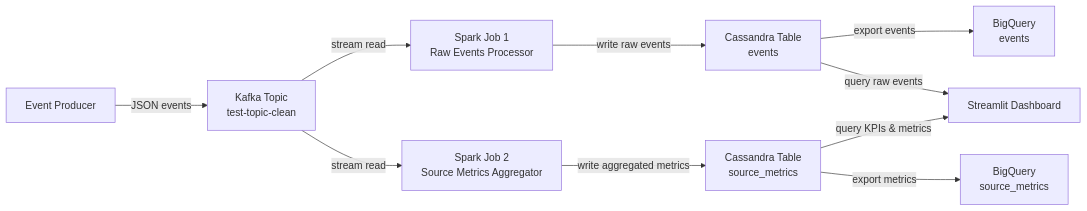
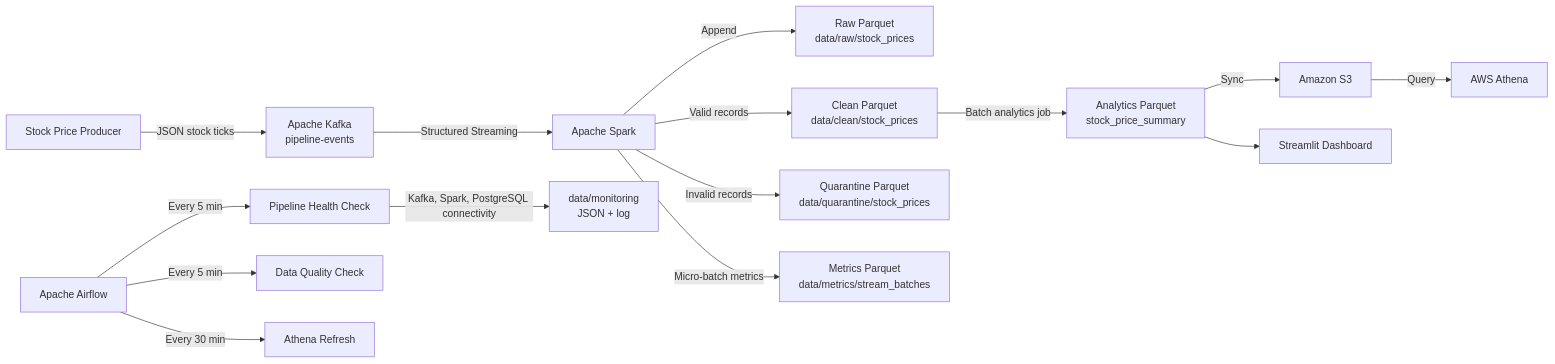
Before and after one commit to hn0629/real-time-data-engineering-pipeline: the diagram in README.md, drawn with Mermaid. The commit also changed other lines of this file and 18 other files, not shown here.

Commit message:
Document stock price streaming pipeline

````diff
--- a/README.md
+++ b/README.md
@@ -27,12 +13,23 @@
 ```mermaid
 flowchart LR
-    A[Event Producer] -->|JSON events| B[Kafka Topic<br/>test-topic-clean]
-    B -->|stream read| C[Spark Job 1<br/>Raw Events Processor]
-    B -->|stream read| D[Spark Job 2<br/>Source Metrics Aggregator]
-    C -->|write raw events| E[Cassandra Table<br/>events]
-    D -->|write aggregated metrics| F[Cassandra Table<br/>source_metrics]
-    E -->|export events| H[BigQuery<br/>events]
-    F -->|export metrics| I[BigQuery<br/>source_metrics]
-    E -->|query raw events| G[Streamlit Dashboard]
-    F -->|query KPIs & metrics| G
+    P[Stock Price Producer] -->|JSON stock ticks| K[Apache Kafka<br/>pipeline-events]
+
+    K -->|Structured Streaming| S[Apache Spark]
+
+    S -->|Append| R[Raw Parquet<br/>data/raw/stock_prices]
+    S -->|Valid records| C[Clean Parquet<br/>data/clean/stock_prices]
+    S -->|Invalid records| Q[Quarantine Parquet<br/>data/quarantine/stock_prices]
+    S -->|Micro-batch metrics| M[Metrics Parquet<br/>data/metrics/stream_batches]
+
+    C -->|Batch analytics job| A[Analytics Parquet<br/>stock_price_summary]
+    A -->|Sync| S3[Amazon S3]
+    S3 -->|Query| ATH[AWS Athena]
+
+    A --> D[Streamlit Dashboard]
+
+    AF[Apache Airflow] -->|Every 5 min| H[Pipeline Health Check]
+    AF -->|Every 5 min| DQ[Data Quality Check]
+    AF -->|Every 30 min| AR[Athena Refresh]
+
+    H -->|Kafka, Spark, PostgreSQL connectivity| MON[data/monitoring<br/>JSON + log]
 ```
````
